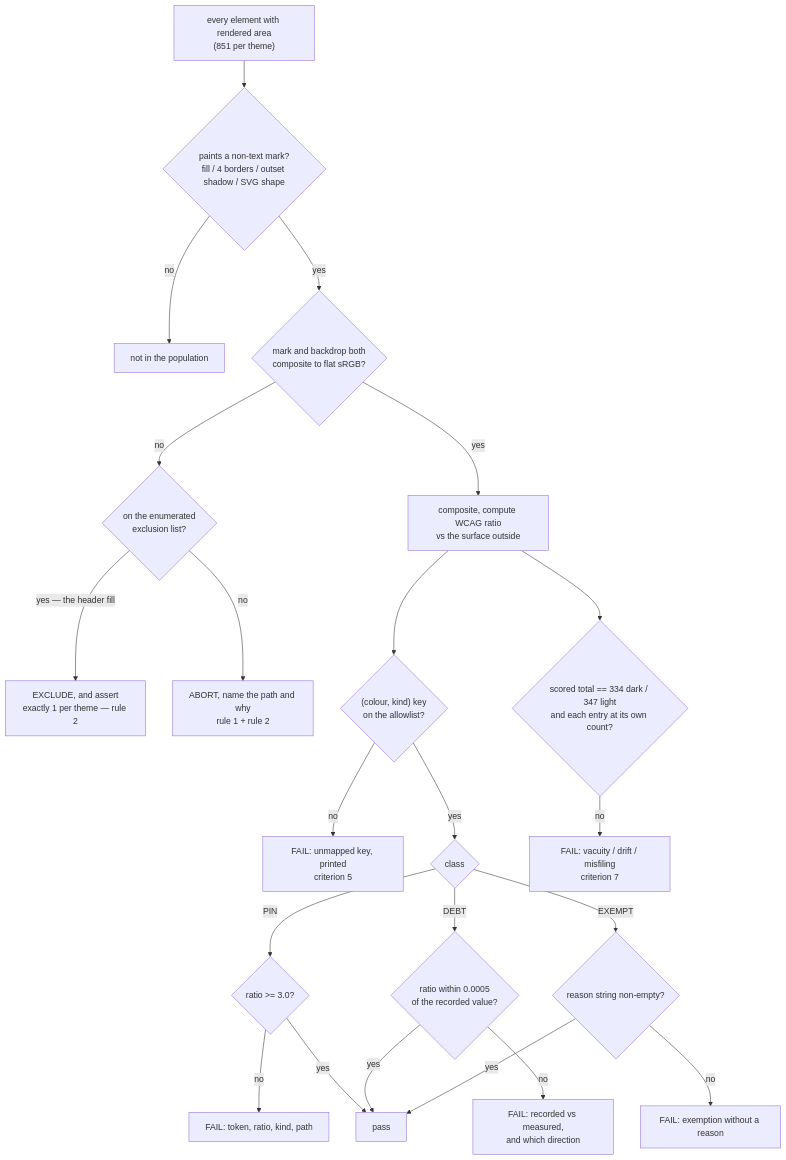
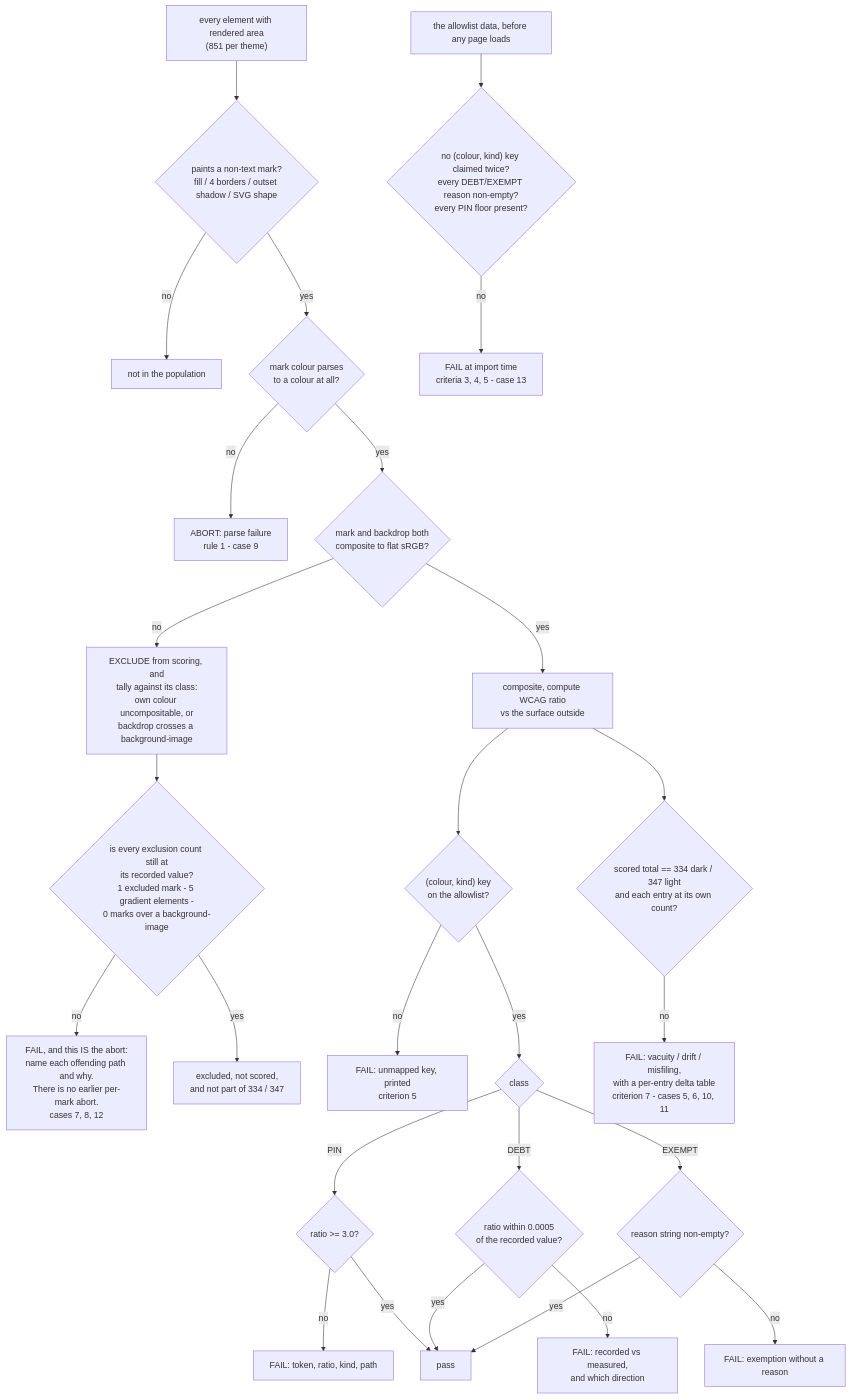
The diagram in docs/features/treko-non-text-contrast.md (suyatdev/.claude), drawn with Mermaid before and after one commit. The commit also changed other lines of this file and 1 other file, not shown here.

First line of the commit message:
docs(treko): card D round 7 -- the diagram was still drawing the deleted design

````diff
--- a/docs/features/treko-non-text-contrast.md
+++ b/docs/features/treko-non-text-contrast.md
@@ -471,24 +474,29 @@
 ```mermaid
 flowchart TD
     A["every element with rendered area<br/>(851 per theme)"] --> B{"paints a non-text mark?<br/>fill / 4 borders / outset shadow / SVG shape"}
     B -->|no| Z["not in the population"]
-    B -->|yes| C{"mark and backdrop both<br/>composite to flat sRGB?"}
-    C -->|no| X{"on the enumerated<br/>exclusion list?"}
-    X -->|"yes — the header fill"| F1["EXCLUDE, and assert<br/>exactly 1 per theme — rule 2"]
-    X -->|no| F2["ABORT, name the path and why<br/>rule 1 + rule 2"]
+    B -->|yes| N{"mark colour parses<br/>to a colour at all?"}
+    N -->|no| FN["ABORT: parse failure<br/>rule 1 - case 9"]
+    N -->|yes| C{"mark and backdrop both<br/>composite to flat sRGB?"}
+    C -->|no| X["EXCLUDE from scoring, and<br/>tally against its class:<br/>own colour uncompositable, or<br/>backdrop crosses a background-image"]
+    X --> W{"is every exclusion count still at<br/>its recorded value?<br/>1 excluded mark - 5 gradient elements -<br/>0 marks over a background-image"}
+    W -->|no| F2["FAIL, and this IS the abort:<br/>name each offending path and why.<br/>There is no earlier per-mark abort.<br/>cases 7, 8, 12"]
+    W -->|yes| OKX["excluded, not scored,<br/>and not part of 334 / 347"]
     C -->|yes| E["composite, compute WCAG ratio<br/>vs the surface outside"]
     E --> G{"(colour, kind) key<br/>on the allowlist?"}
     G -->|no| F3["FAIL: unmapped key, printed<br/>criterion 5"]
     G -->|yes| H{"class"}
     H -->|PIN| P{"ratio >= 3.0?"}
     H -->|DEBT| Q{"ratio within 0.0005<br/>of the recorded value?"}
     H -->|EXEMPT| R{"reason string non-empty?"}
     P -->|no| FP["FAIL: token, ratio, kind, path"]
     Q -->|no| FQ["FAIL: recorded vs measured,<br/>and which direction"]
     R -->|no| FR["FAIL: exemption without a reason"]
     P -->|yes| OK["pass"]
     Q -->|yes| OK
     R -->|yes| OK
     E --> V{"scored total == 334 dark / 347 light<br/>and each entry at its own count?"}
-    V -->|no| FV["FAIL: vacuity / drift / misfiling<br/>criterion 7"]
+    V -->|no| FV["FAIL: vacuity / drift / misfiling,<br/>with a per-entry delta table<br/>criterion 7 - cases 5, 6, 10, 11"]
+    D0["the allowlist data, before any page loads"] --> D1{"no (colour, kind) key claimed twice?<br/>every DEBT/EXEMPT reason non-empty?<br/>every PIN floor present?"}
+    D1 -->|no| FD["FAIL at import time<br/>criteria 3, 4, 5 - case 13"]
 ```
````
